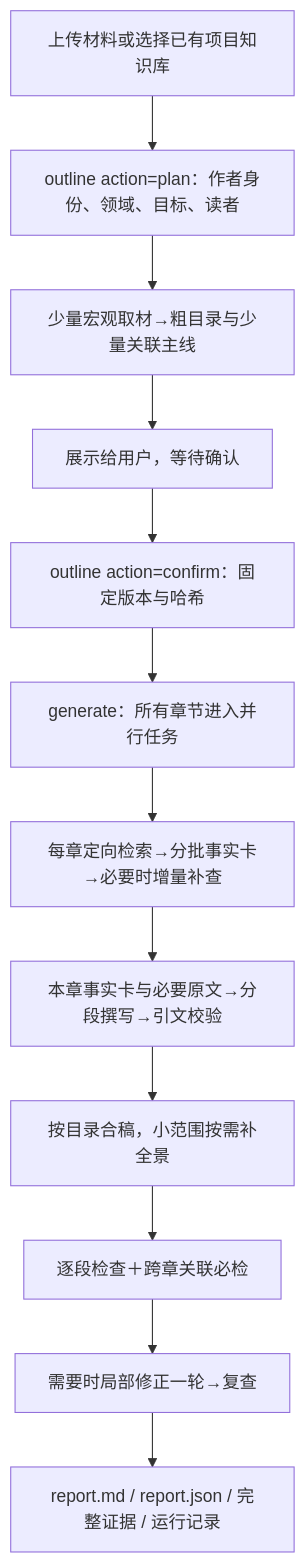
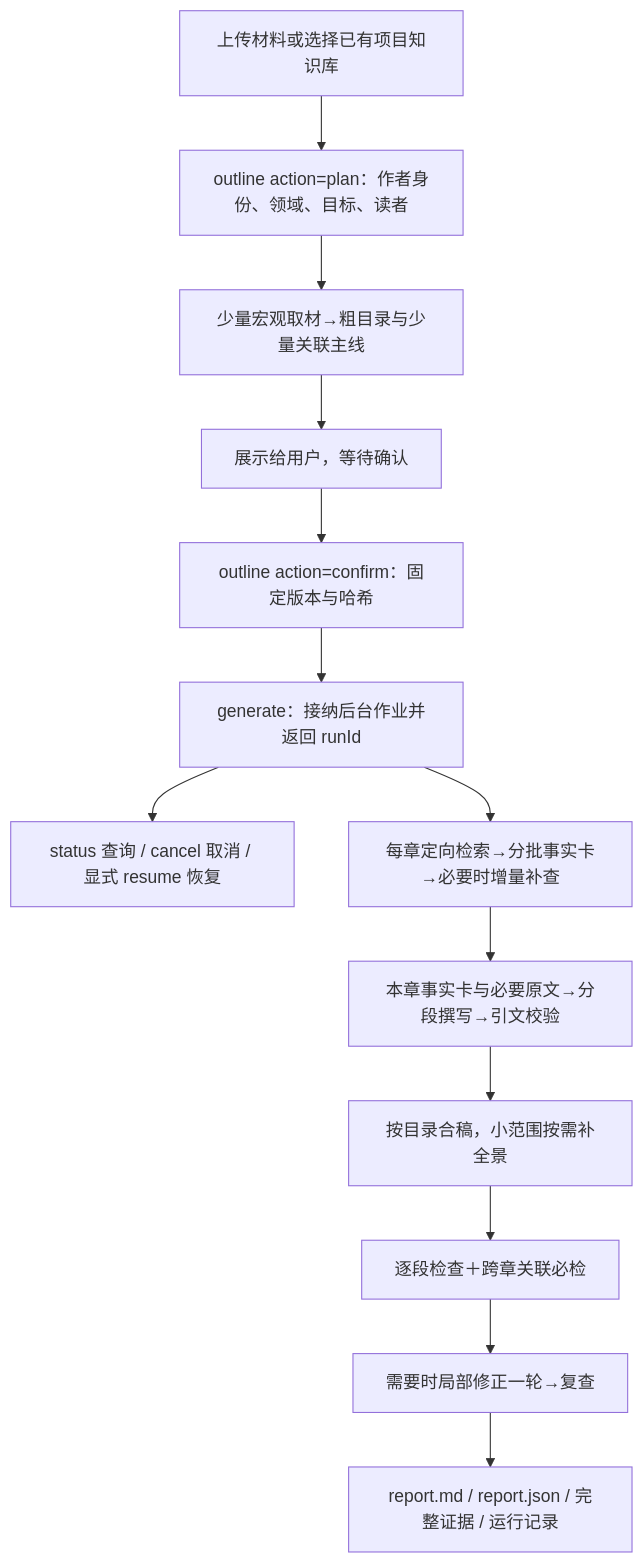
One commit to z460046000-ops/WLYD_content changed the diagram in README.md. Above: the diagram before and after it, drawn with Mermaid. The commit also changed other lines of this file and 34 other files, not shown here.

````diff
--- a/README.md
+++ b/README.md
@@ -53,14 +55,15 @@
 ```mermaid
 flowchart TD
     A[上传材料或选择已有项目知识库] --> B[outline action=plan：作者身份、领域、目标、读者]
     B --> C[少量宏观取材→粗目录与少量关联主线]
     C --> D[展示给用户，等待确认]
     D --> E[outline action=confirm：固定版本与哈希]
-    E --> F[generate：所有章节进入并行任务]
+    E --> F[generate：接纳后台作业并返回 runId]
+    F --> S[status 查询 / cancel 取消 / 显式 resume 恢复]
     F --> G[每章定向检索→分批事实卡→必要时增量补查]
     G --> H[本章事实卡与必要原文→分段撰写→引文校验]
     H --> I[按目录合稿，小范围按需补全景]
     I --> J[逐段检查＋跨章关联必检]
     J --> K[需要时局部修正一轮→复查]
     K --> L[report.md / report.json / 完整证据 / 运行记录]
 ```
````
